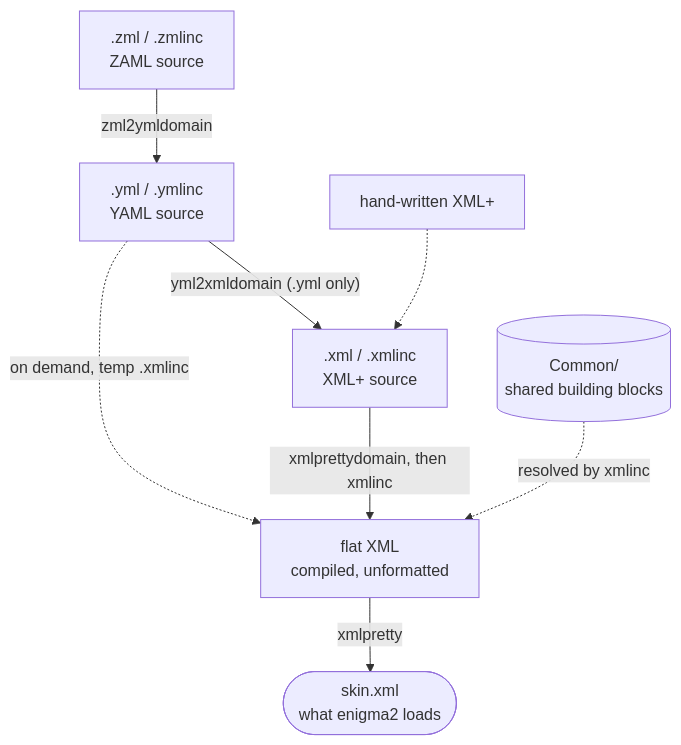
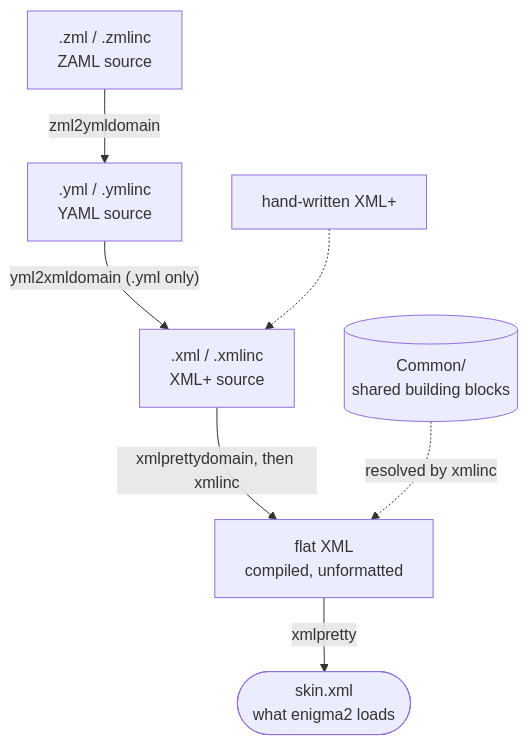
Before and after one commit to OpenCockpit/SkinForge: the diagram in README.md, drawn with Mermaid. The commit also changed other lines of this file and 2 other files, not shown here.

````diff
--- a/README.md
+++ b/README.md
@@ -18,10 +18,9 @@
 ```mermaid
 flowchart TD
     ZML[".zml / .zmlinc<br/>ZAML source"] -->|zml2ymldomain| YML
     YML[".yml / .ymlinc<br/>YAML source"] -->|"yml2xmldomain (.yml only)"| XMLP
-    YML -.->|"on demand, temp .xmlinc"| FLAT
     HAND["hand-written XML+"] -.-> XMLP
     XMLP[".xml / .xmlinc<br/>XML+ source"] -->|"xmlprettydomain, then xmlinc"| FLAT
     COMMON[("Common/<br/>shared building blocks")] -.->|resolved by xmlinc| FLAT
     FLAT["flat XML<br/>compiled, unformatted"] -->|xmlpretty| FINAL(["skin.xml<br/>what enigma2 loads"])
 ```
````
